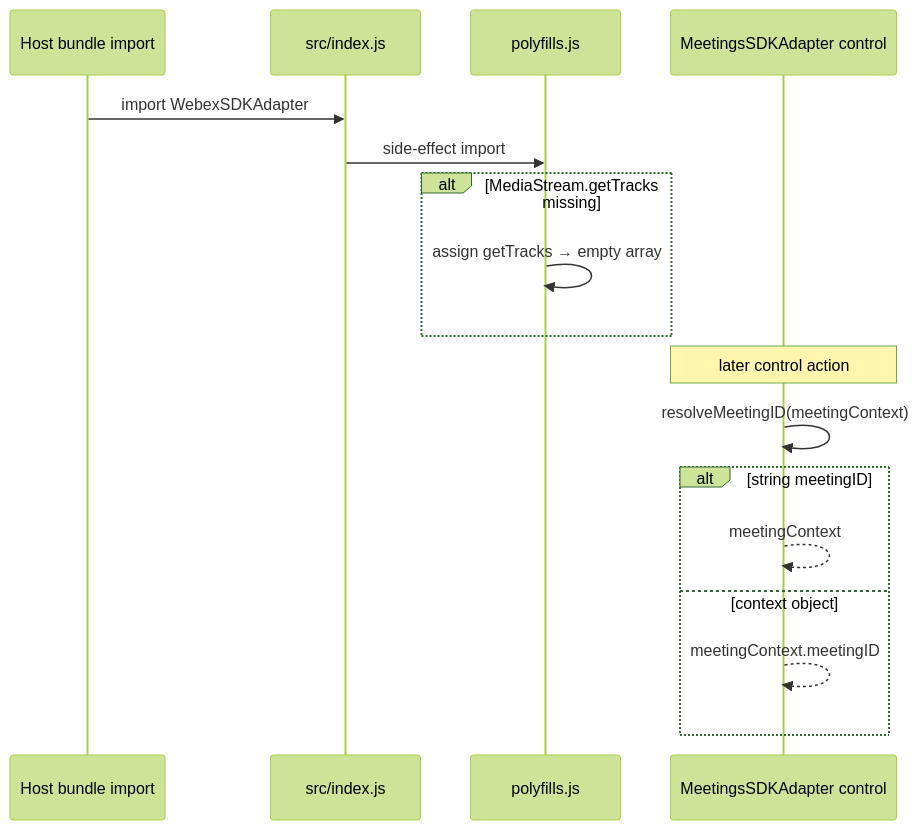
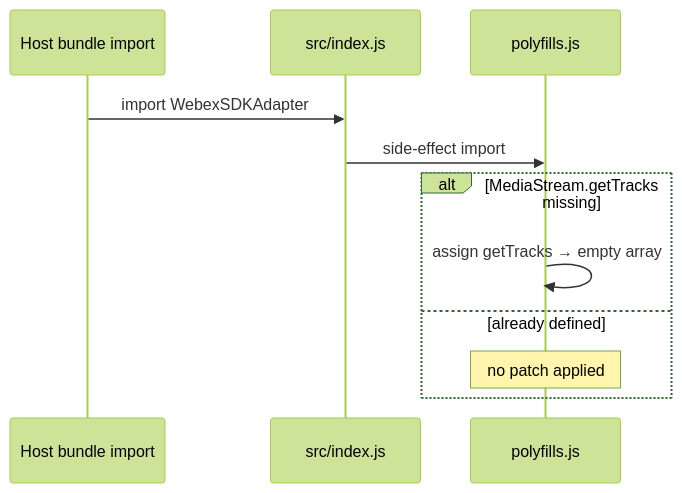
The sixth of 11 diagrams in src/ai-docs/shared-utilities-spec.md (webex/sdk-component-adapter), drawn with Mermaid (forest theme) before and after one commit. The commit also changed other lines of this file and 9 other files, not shown here.

````diff
--- a/src/ai-docs/shared-utilities-spec.md
+++ b/src/ai-docs/shared-utilities-spec.md
@@ -178,20 +216,14 @@
 ```mermaid
 sequenceDiagram
   participant Host as Host bundle import
   participant Index as src/index.js
   participant Poly as polyfills.js
-  participant Control as MeetingsSDKAdapter control
 
   Host->>Index: import WebexSDKAdapter
   Index->>Poly: side-effect import
   alt MediaStream.getTracks missing
     Poly->>Poly: assign getTracks → empty array
-  end
-  Note over Control: later control action
-  Control->>Control: resolveMeetingID(meetingContext)
-  alt string meetingID
-    Control-->>Control: meetingContext
-  else context object
-    Control-->>Control: meetingContext.meetingID
+  else already defined
+    Note over Poly: no patch applied
   end
 ```
````
